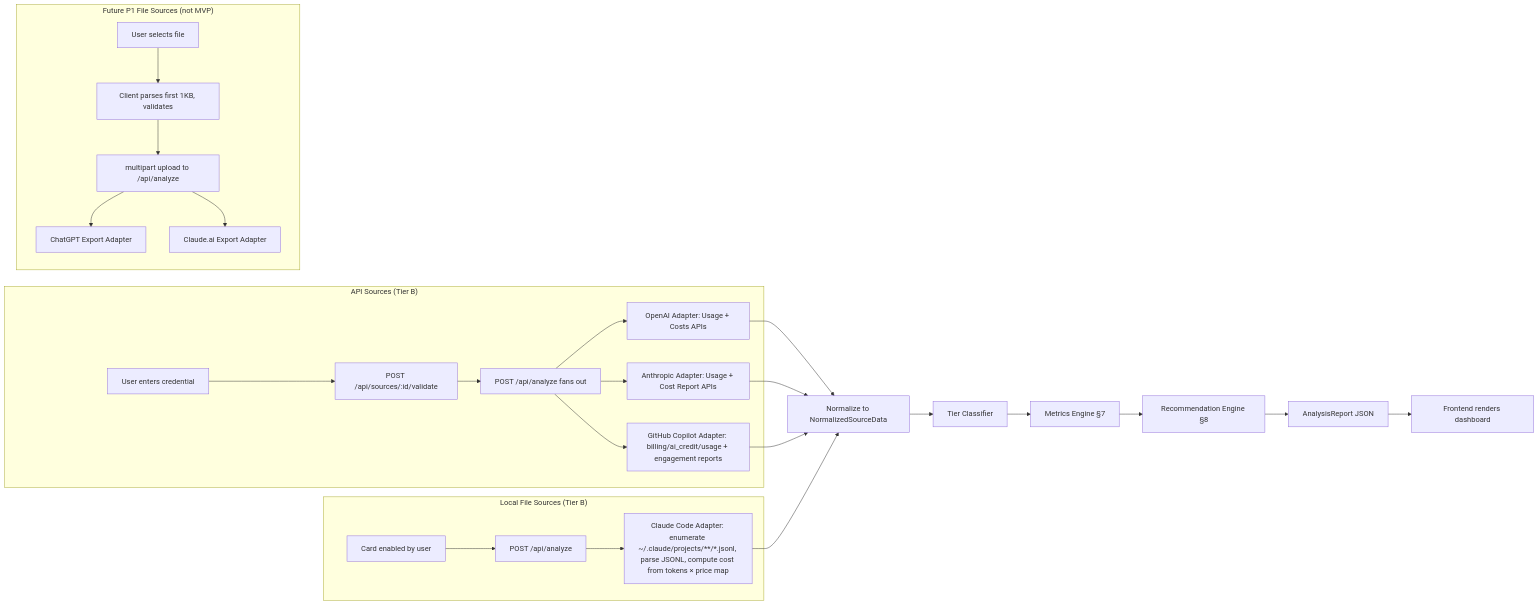
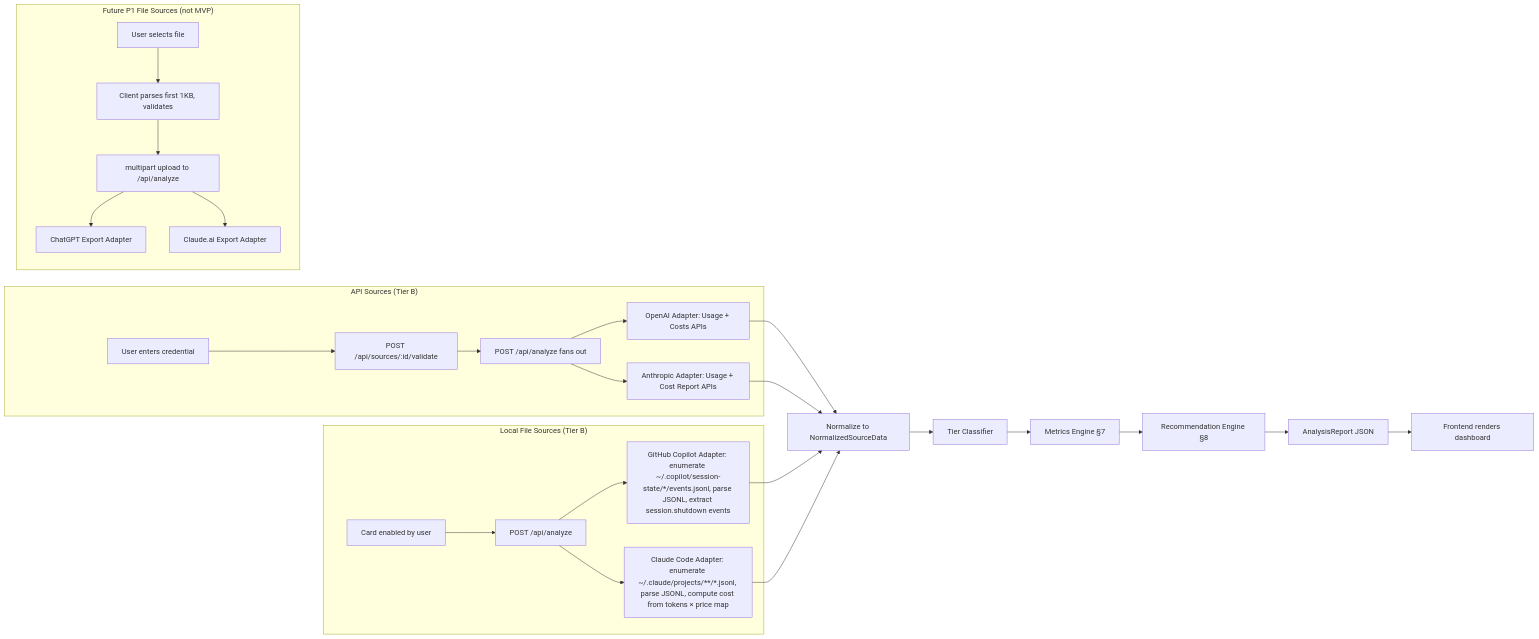
The second of 5 diagrams in docs/engineering-design.md (DaniHalfin/Promptly), drawn with Mermaid before and after one commit. The commit also changed other lines of this file and 3 other files, not shown here.

Commit message:
docs: sync non-code artifacts with v1.2 Copilot adapter changes

````diff
--- a/docs/engineering-design.md
+++ b/docs/engineering-design.md
@@ -72,32 +81,32 @@
 ```mermaid
 flowchart LR
     subgraph API_Sources["API Sources (Tier B)"]
         K[User enters credential] --> V[POST /api/sources/:id/validate]
         V --> F[POST /api/analyze fans out]
         F --> A1[OpenAI Adapter: Usage + Costs APIs]
         F --> A2[Anthropic Adapter: Usage + Cost Report APIs]
-        F --> A3[GitHub Copilot Adapter: billing/ai_credit/usage + engagement reports]
     end
 
     subgraph Local_Sources["Local File Sources (Tier B)"]
         EN[Card enabled by user] --> FS[POST /api/analyze]
+        FS --> A3[GitHub Copilot Adapter: enumerate ~/.copilot/session-state/*/events.jsonl, parse JSONL, extract session.shutdown events]
         FS --> A4[Claude Code Adapter: enumerate ~/.claude/projects/**/*.jsonl, parse JSONL, compute cost from tokens × price map]
     end
 
     subgraph Future_P1["Future P1 File Sources (not MVP)"]
         U[User selects file] --> P[Client parses first 1KB, validates]
         P --> M[multipart upload to /api/analyze]
         M --> A5[ChatGPT Export Adapter]
         M --> A6[Claude.ai Export Adapter]
     end
 
     A1 --> N[Normalize to NormalizedSourceData]
     A2 --> N
     A3 --> N
     A4 --> N
     N --> T[Tier Classifier]
     T --> ME[Metrics Engine §7]
     ME --> RE[Recommendation Engine §8]
     RE --> R[AnalysisReport JSON]
     R --> UI[Frontend renders dashboard]
 ```
````
